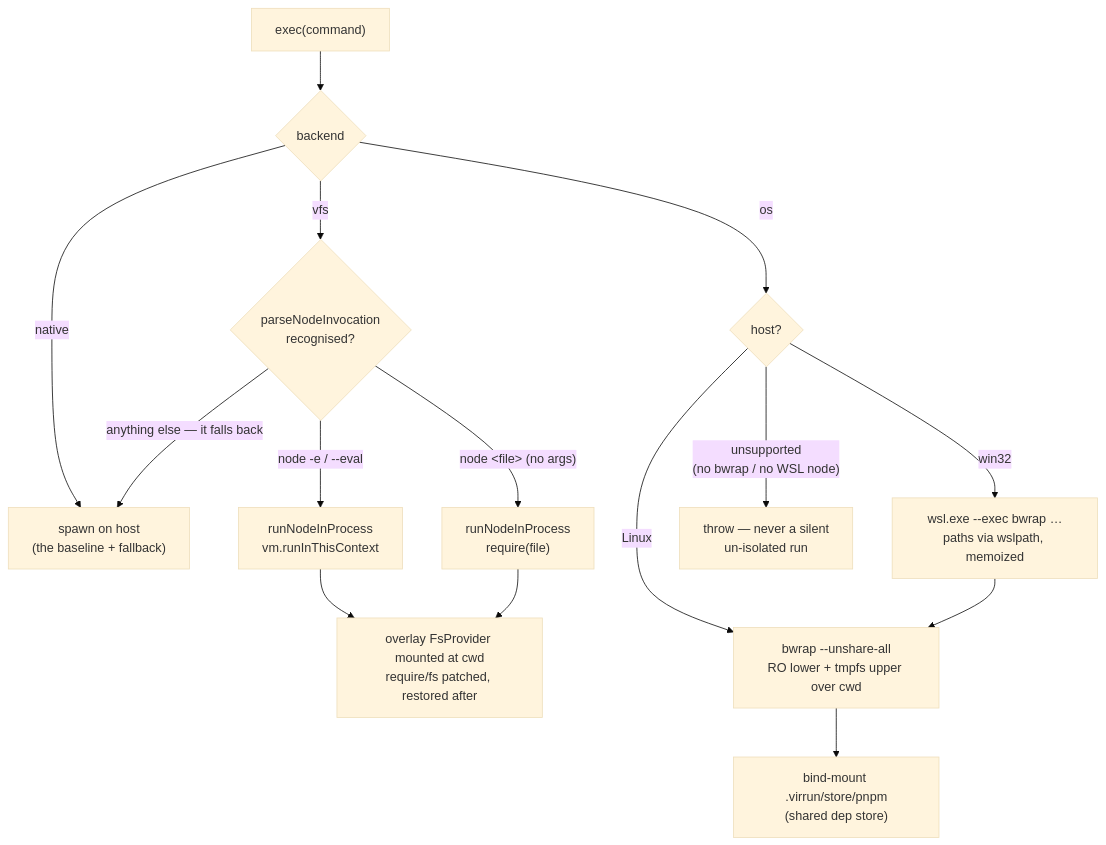
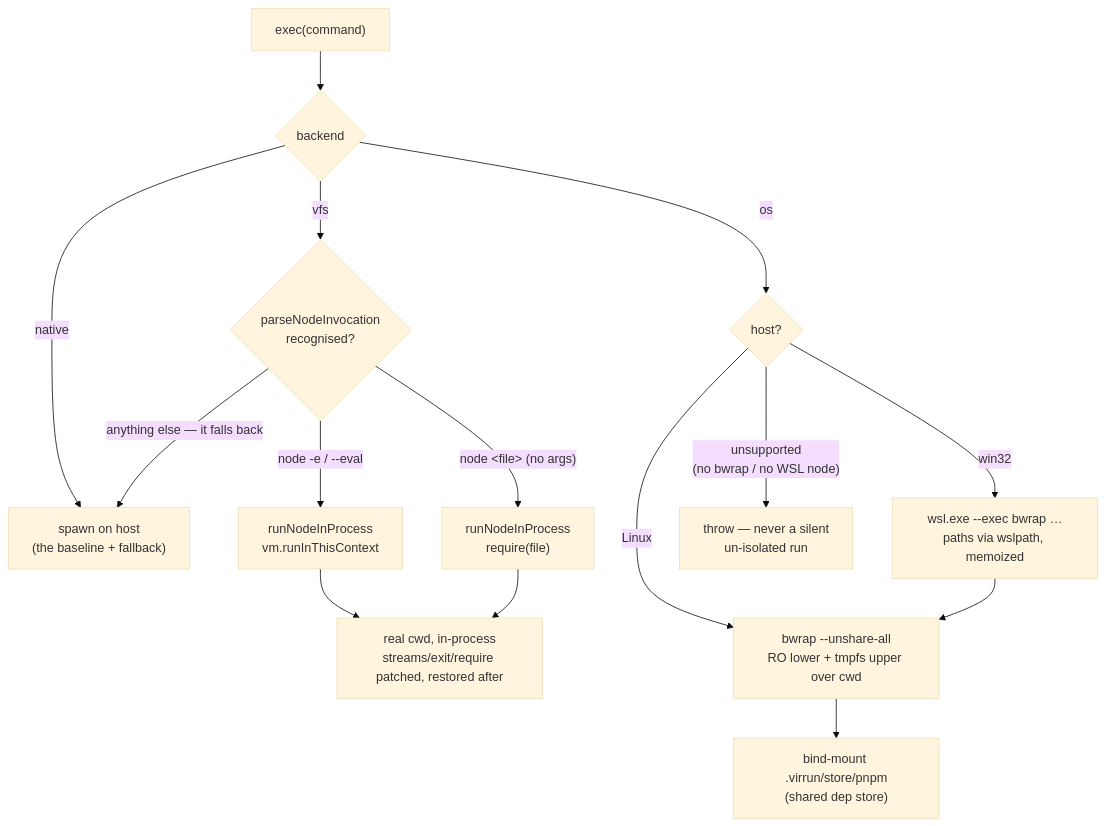
The diagram in apps/web/content/docs/virrun/execution-backends.md (Esposter/Esposter), drawn with Mermaid (base theme) before and after one commit. The commit also changed other lines of this file and 17 other files, not shown here.

````diff
--- a/apps/web/content/docs/virrun/execution-backends.md
+++ b/apps/web/content/docs/virrun/execution-backends.md
@@ -12,20 +12,20 @@
 ```mermaid
 flowchart TB
     cmd["exec(command)"] --> which{backend}
 
     which -->|native| spawn["spawn on host<br/>(the baseline + fallback)"]
 
     which -->|vfs| parse{"parseNodeInvocation<br/>recognised?"}
     parse -->|"node -e / --eval"| inproc["runNodeInProcess<br/>vm.runInThisContext"]
     parse -->|"node &lt;file&gt; (no args)"| inproc2["runNodeInProcess<br/>require(file)"]
     parse -->|"anything else — it falls back"| spawn
-    inproc --> mount["overlay FsProvider mounted at cwd<br/>require/fs patched, restored after"]
+    inproc --> mount["real cwd, in-process<br/>streams/exit/require patched, restored after"]
     inproc2 --> mount
 
     which -->|os| host{"host?"}
     host -->|Linux| bwrap["bwrap --unshare-all<br/>RO lower + tmpfs upper over cwd"]
     host -->|win32| wsl["wsl.exe --exec bwrap …<br/>paths via wslpath, memoized"]
     host -->|"unsupported<br/>(no bwrap / no WSL node)"| throw["throw — never a silent<br/>un-isolated run"]
     wsl --> bwrap
     bwrap --> store["bind-mount .virrun/store/pnpm<br/>(shared dep store)"]
 ```
````
